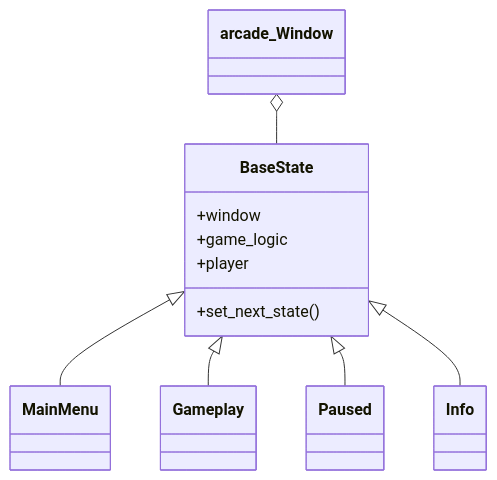
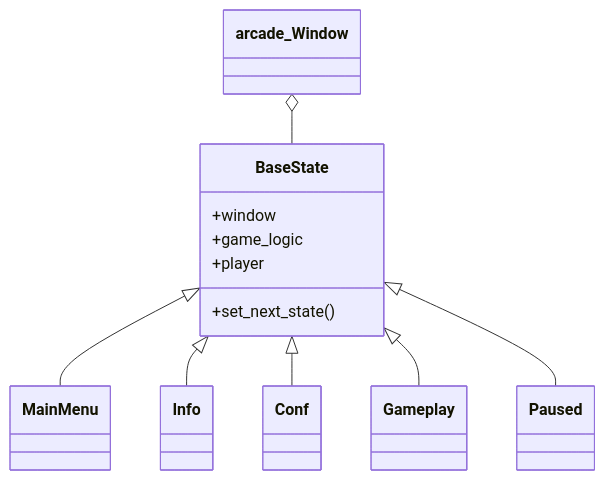
The diagram in assets/StateClassDiagram.mmd (PeterSzasz/PeterSzasz.github.io), drawn with Mermaid before and after one commit. The commit also changed 2 other files, not shown here.

Commit message:
url fix, diagram fix

```diff
--- a/assets/StateClassDiagram.mmd
+++ b/assets/StateClassDiagram.mmd
@@ -1,13 +1,14 @@
 classDiagram
 %% @backgroundColor(#252525)
     arcade_Window o-- BaseState
     BaseState <|-- MainMenu
+    BaseState <|-- Info
+    BaseState <|-- Conf
     BaseState <|-- Gameplay
     BaseState <|-- Paused
-    BaseState <|-- Info
     class BaseState{
         +window
         +game_logic
         +player
         +set_next_state()
     }
```
